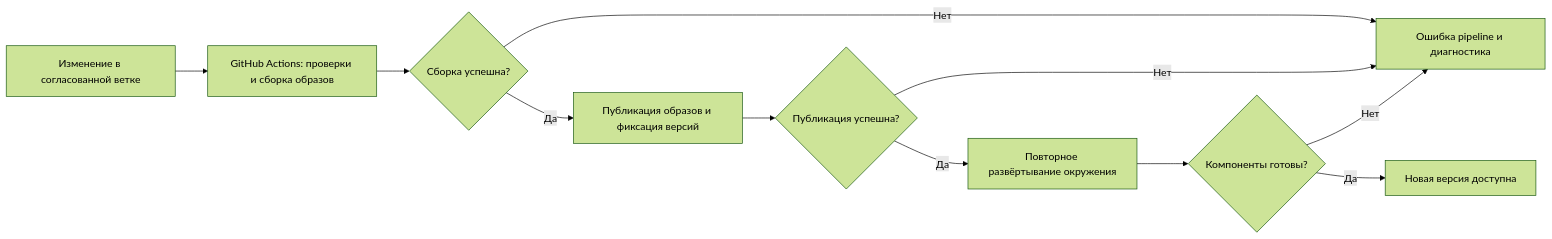
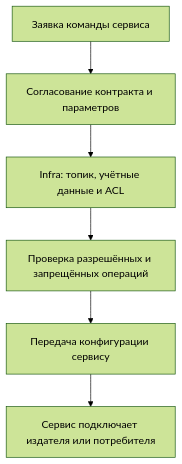
The fifth of 6 diagrams in infra/vision.md (MEPhI-C22-501/arch-info-system-monorepo), drawn with Mermaid (forest theme) before and after one commit. The commit also changed other lines of this file and 5 other files, not shown here.

Commit message:
Consolidate infrastructure vision and integration architecture

````diff
--- a/infra/vision.md
+++ b/infra/vision.md
@@ -88,13 +184,8 @@
 ```mermaid
-flowchart LR
-    A[Изменение в согласованной ветке] --> B[GitHub Actions: проверки и сборка образов]
-    B --> C{Сборка успешна?}
-    C -->|Нет| X[Ошибка pipeline и диагностика]
-    C -->|Да| D[Публикация образов и фиксация версий]
-    D --> E{Публикация успешна?}
-    E -->|Нет| X
-    E -->|Да| F[Повторное развёртывание окружения]
-    F --> G{Компоненты готовы?}
-    G -->|Нет| X
-    G -->|Да| H[Новая версия доступна]
+flowchart TD
+    A[Заявка команды сервиса] --> B[Согласование контракта и параметров]
+    B --> C[Infra: топик, учётные данные и ACL]
+    C --> D[Проверка разрешённых и запрещённых операций]
+    D --> E[Передача конфигурации сервису]
+    E --> F[Сервис подключает издателя или потребителя]
 ```
````
